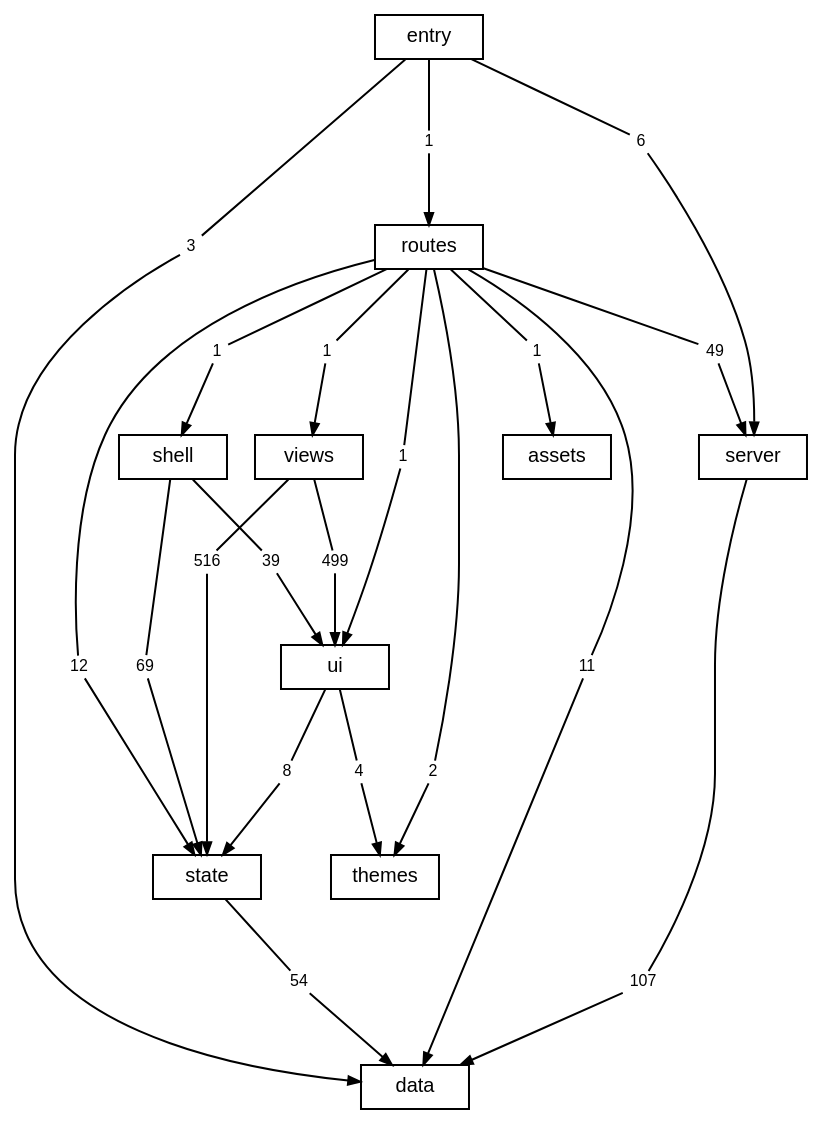
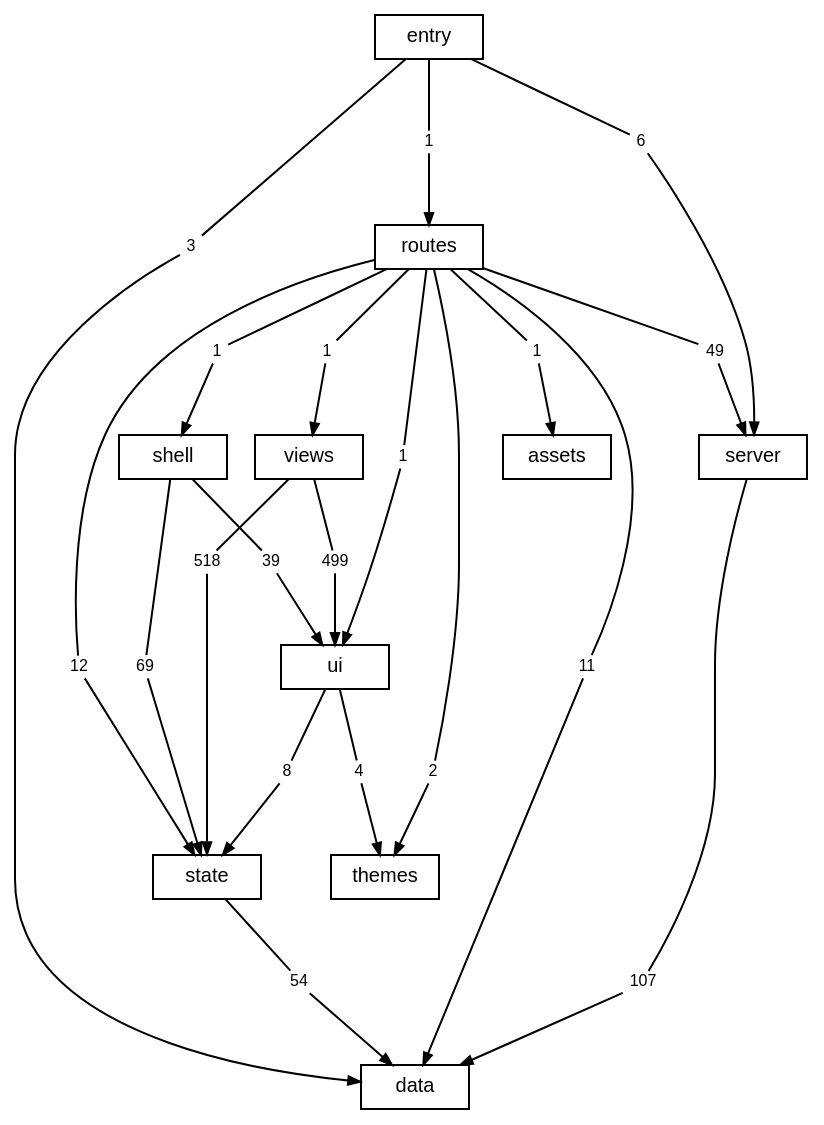
One commit to TheAxeC/oculus changed the diagram in docs/diagrams/layers.dot. Above: the diagram before and after it, drawn with Graphviz. The commit also changed 23 other files, not shown here.

```diff
--- a/docs/diagrams/layers.dot
+++ b/docs/diagrams/layers.dot
@@ -1,72 +1,72 @@
 digraph layers {
     graph [bgcolor="transparent", rankdir=TB, newrank=true, fontname="Helvetica,Arial,sans-serif", fontsize=12, nodesep=0.2, ranksep=0.5];
     node [shape=box, color="black", fontcolor="black", fontname="Helvetica,Arial,sans-serif", fontsize=10, height=0.3, margin="0.12,0.04"];
     edge [color="black", fontcolor="black", fontname="Helvetica,Arial,sans-serif", fontsize=8, arrowsize=0.6];
     "data";
     "server";
     "state";
     "ui";
     "shell";
     "views";
     "themes";
     "routes";
     "src" [label="entry"];
     "files: assets" [label="assets"];
     "routes to data" [label="11", shape=box, color="transparent", fontsize=8, width=0, height=0, margin="0.04,0.02"];
     "routes" -> "routes to data" [arrowhead=none];
     "routes to data" -> "data" [];
     "routes to files: assets" [label="1", shape=box, color="transparent", fontsize=8, width=0, height=0, margin="0.04,0.02"];
     "routes" -> "routes to files: assets" [arrowhead=none];
     "routes to files: assets" -> "files: assets" [];
     "routes to server" [label="49", shape=box, color="transparent", fontsize=8, width=0, height=0, margin="0.04,0.02"];
     "routes" -> "routes to server" [arrowhead=none];
     "routes to server" -> "server" [];
     "routes to shell" [label="1", shape=box, color="transparent", fontsize=8, width=0, height=0, margin="0.04,0.02"];
     "routes" -> "routes to shell" [arrowhead=none];
     "routes to shell" -> "shell" [];
     "routes to state" [label="12", shape=box, color="transparent", fontsize=8, width=0, height=0, margin="0.04,0.02"];
     "routes" -> "routes to state" [arrowhead=none];
     "routes to state" -> "state" [];
     "routes to themes" [label="2", shape=box, color="transparent", fontsize=8, width=0, height=0, margin="0.04,0.02"];
     "routes" -> "routes to themes" [arrowhead=none];
     "routes to themes" -> "themes" [];
     "routes to ui" [label="1", shape=box, color="transparent", fontsize=8, width=0, height=0, margin="0.04,0.02"];
     "routes" -> "routes to ui" [arrowhead=none];
     "routes to ui" -> "ui" [];
     "routes to views" [label="1", shape=box, color="transparent", fontsize=8, width=0, height=0, margin="0.04,0.02"];
     "routes" -> "routes to views" [arrowhead=none];
     "routes to views" -> "views" [];
     "server to data" [label="107", shape=box, color="transparent", fontsize=8, width=0, height=0, margin="0.04,0.02"];
     "server" -> "server to data" [arrowhead=none];
     "server to data" -> "data" [];
     "shell to state" [label="69", shape=box, color="transparent", fontsize=8, width=0, height=0, margin="0.04,0.02"];
     "shell" -> "shell to state" [arrowhead=none];
     "shell to state" -> "state" [];
     "shell to ui" [label="39", shape=box, color="transparent", fontsize=8, width=0, height=0, margin="0.04,0.02"];
     "shell" -> "shell to ui" [arrowhead=none];
     "shell to ui" -> "ui" [];
     "src to data" [label="3", shape=box, color="transparent", fontsize=8, width=0, height=0, margin="0.04,0.02"];
     "src" -> "src to data" [arrowhead=none];
     "src to data" -> "data" [];
     "src to routes" [label="1", shape=box, color="transparent", fontsize=8, width=0, height=0, margin="0.04,0.02"];
     "src" -> "src to routes" [arrowhead=none];
     "src to routes" -> "routes" [];
     "src to server" [label="6", shape=box, color="transparent", fontsize=8, width=0, height=0, margin="0.04,0.02"];
     "src" -> "src to server" [arrowhead=none];
     "src to server" -> "server" [];
     "state to data" [label="54", shape=box, color="transparent", fontsize=8, width=0, height=0, margin="0.04,0.02"];
     "state" -> "state to data" [arrowhead=none];
     "state to data" -> "data" [];
     "ui to state" [label="8", shape=box, color="transparent", fontsize=8, width=0, height=0, margin="0.04,0.02"];
     "ui" -> "ui to state" [arrowhead=none];
     "ui to state" -> "state" [];
     "ui to themes" [label="4", shape=box, color="transparent", fontsize=8, width=0, height=0, margin="0.04,0.02"];
     "ui" -> "ui to themes" [arrowhead=none];
     "ui to themes" -> "themes" [];
-    "views to state" [label="516", shape=box, color="transparent", fontsize=8, width=0, height=0, margin="0.04,0.02"];
+    "views to state" [label="518", shape=box, color="transparent", fontsize=8, width=0, height=0, margin="0.04,0.02"];
     "views" -> "views to state" [arrowhead=none];
     "views to state" -> "state" [];
     "views to ui" [label="499", shape=box, color="transparent", fontsize=8, width=0, height=0, margin="0.04,0.02"];
     "views" -> "views to ui" [arrowhead=none];
     "views to ui" -> "ui" [];
 }
```
